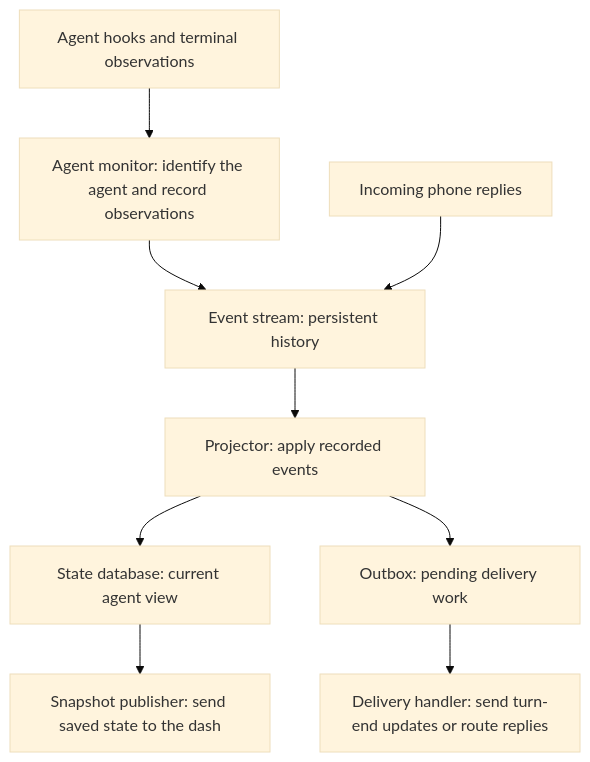
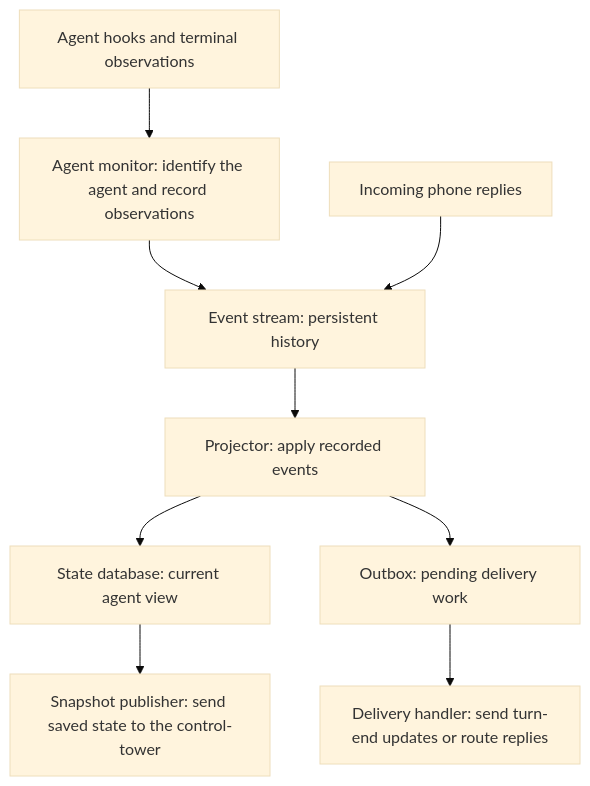
Before and after one commit to kahgeh/harold: the second of 2 diagrams in docs/explanations/architecture.md, drawn with Mermaid (base theme). The commit also changed other lines of this file and 16 other files, not shown here.

First line of the commit message:
Name the control-tower in the docs and glossary

````diff
--- a/docs/explanations/architecture.md
+++ b/docs/explanations/architecture.md
@@ -200,11 +200,11 @@
 ```mermaid
 flowchart TD
     A["Agent hooks and terminal observations"] --> B["Agent monitor: identify the agent and record observations"]
     B --> C["Event stream: persistent history"]
     D["Incoming phone replies"] --> C
     C --> E["Projector: apply recorded events"]
     E --> F["State database: current agent view"]
     E --> G["Outbox: pending delivery work"]
-    F --> H["Snapshot publisher: send saved state to the dash"]
+    F --> H["Snapshot publisher: send saved state to the control-tower"]
     G --> I["Delivery handler: send turn-end updates or route replies"]
 ```
````
